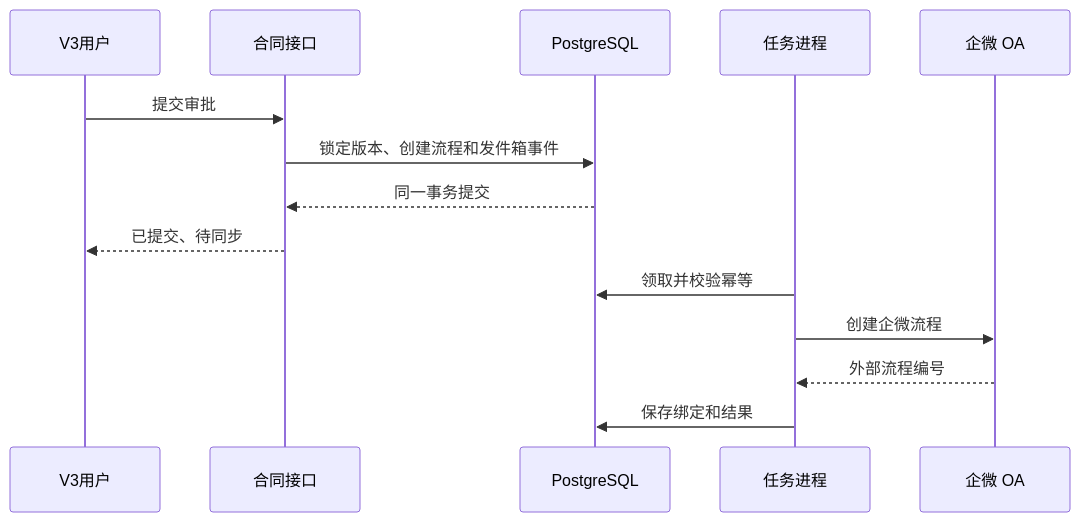
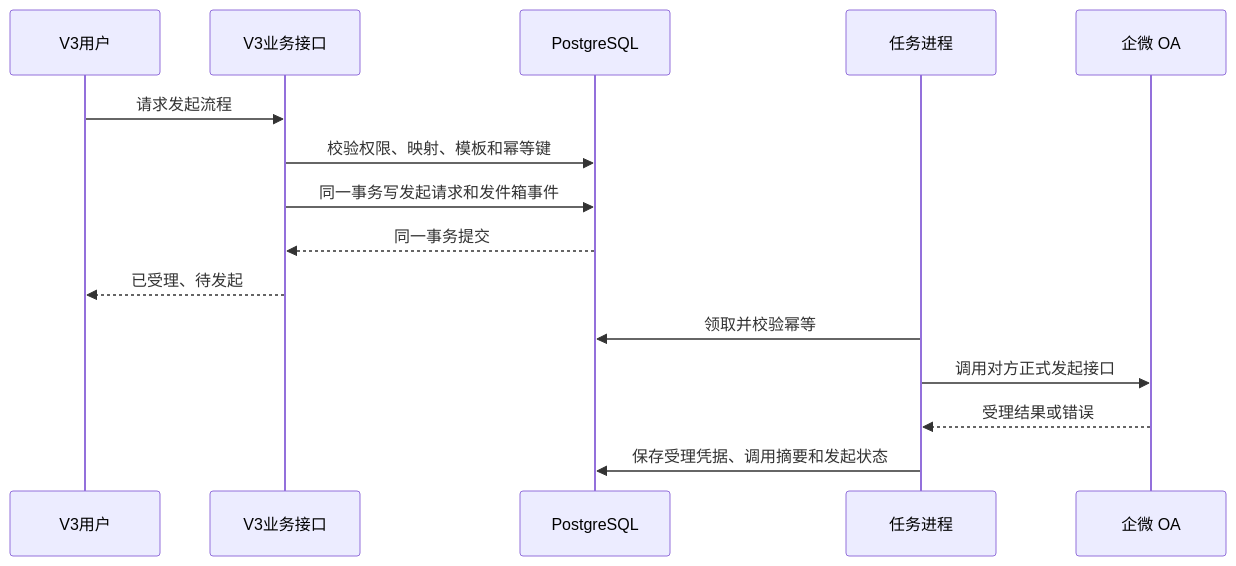
One commit to Liu12138-oss/lianruan-crm-deploy-v3 changed the sixth of 8 diagrams in docs/V3业务平台底座与业务扩展实施交付方案.md. Above: the diagram before and after it, drawn with Mermaid. The commit also changed other lines of this file and 225 other files, not shown here.

````diff
--- a/docs/V3业务平台底座与业务扩展实施交付方案.md
+++ b/docs/V3业务平台底座与业务扩展实施交付方案.md
@@ -1206,16 +1265,17 @@
 ```mermaid
 sequenceDiagram
     participant U as V3用户
-    participant A as 合同接口
+    participant A as V3业务接口
     participant D as PostgreSQL
     participant W as 任务进程
     participant Q as 企微 OA
-    U->>A: 提交审批
-    A->>D: 锁定版本、创建流程和发件箱事件
+    U->>A: 请求发起流程
+    A->>D: 校验权限、映射、模板和幂等键
+    A->>D: 同一事务写发起请求和发件箱事件
     D-->>A: 同一事务提交
-    A-->>U: 已提交、待同步
+    A-->>U: 已受理、待发起
     W->>D: 领取并校验幂等
-    W->>Q: 创建企微流程
-    Q-->>W: 外部流程编号
-    W->>D: 保存绑定和结果
+    W->>Q: 调用对方正式发起接口
+    Q-->>W: 受理结果或错误
+    W->>D: 保存受理凭据、调用摘要和发起状态
 ```
````
